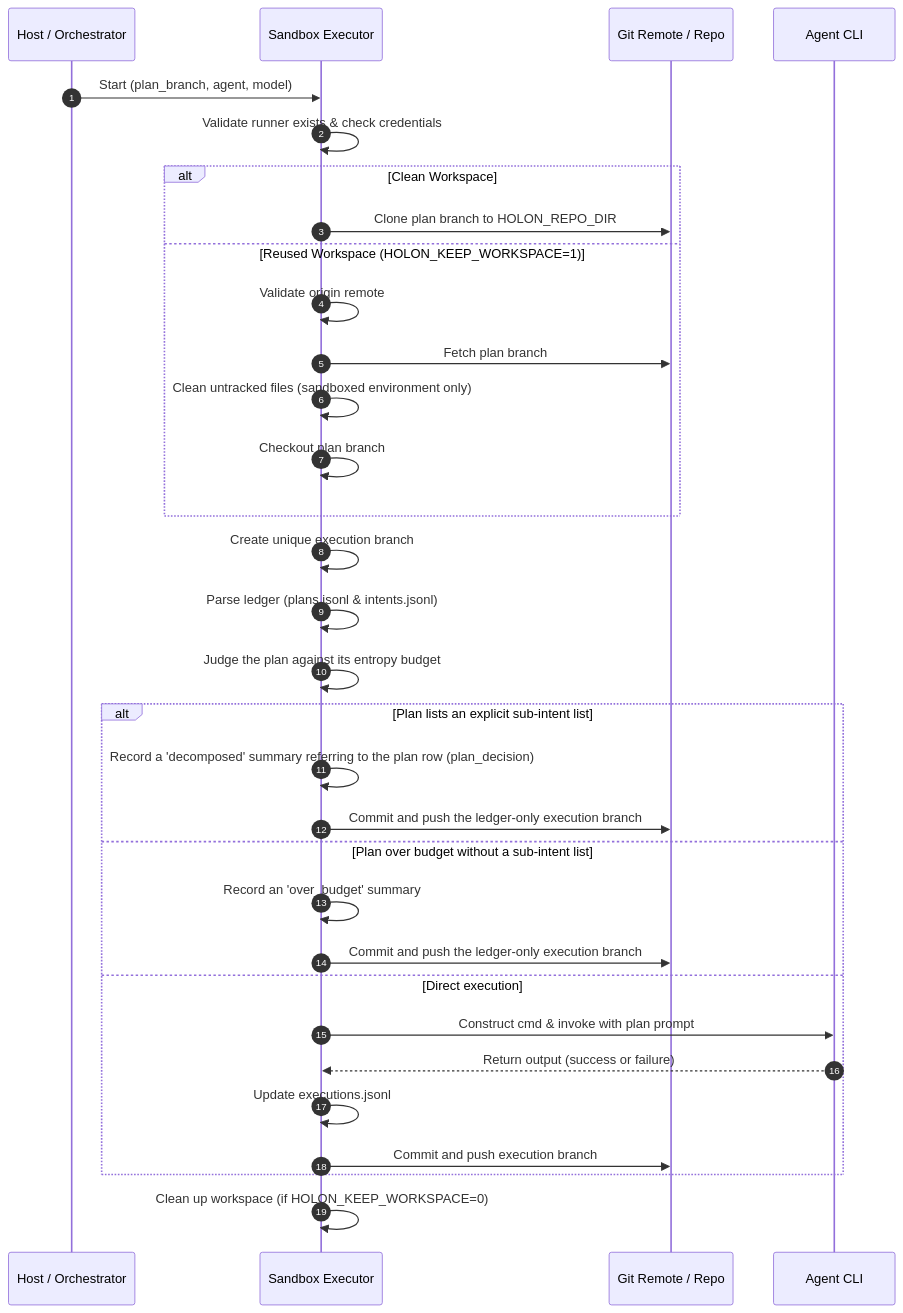
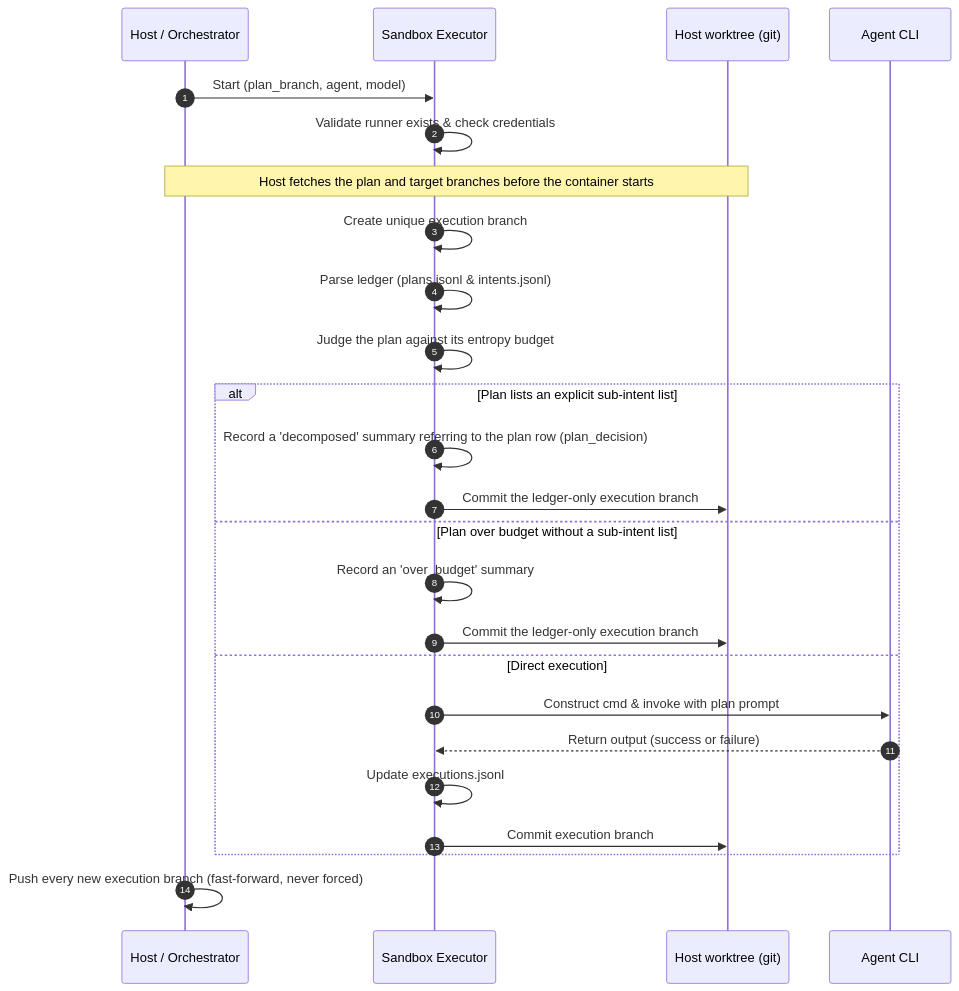
The second of 2 diagrams in docs/executor/execution_architecture_specification.md (Holon-Agentic-Coder/holon-agentic-coder), drawn with Mermaid before and after one commit. The commit also changed other lines of this file and 84 other files, not shown here.

First line of the commit message:
feat(worktree): Only part of the flow works in the host-provisioned worktree, and a clone URL var... (#165)

````diff
--- a/docs/executor/execution_architecture_specification.md
+++ b/docs/executor/execution_architecture_specification.md
@@ -36,35 +36,28 @@
 ```mermaid
 sequenceDiagram
     autonumber
     participant Host as Host / Orchestrator
     participant Exec as Sandbox Executor
-    participant Git as Git Remote / Repo
+    participant Git as Host worktree (git)
     participant Agent as Agent CLI
 
     Host->>Exec: Start (plan_branch, agent, model)
     Exec->>Exec: Validate runner exists & check credentials
-    alt Clean Workspace
-        Exec->>Git: Clone plan branch to HOLON_REPO_DIR
-    else Reused Workspace (HOLON_KEEP_WORKSPACE=1)
-        Exec->>Exec: Validate origin remote
-        Exec->>Git: Fetch plan branch
-        Exec->>Exec: Clean untracked files (sandboxed environment only)
-        Exec->>Exec: Checkout plan branch
-    end
+    Note over Host,Git: Host fetches the plan and target branches before the container starts
     Exec->>Exec: Create unique execution branch
     Exec->>Exec: Parse ledger (plans.jsonl & intents.jsonl)
     Exec->>Exec: Judge the plan against its entropy budget
     alt Plan lists an explicit sub-intent list
         Exec->>Exec: Record a 'decomposed' summary referring to the plan row (plan_decision)
-        Exec->>Git: Commit and push the ledger-only execution branch
+        Exec->>Git: Commit the ledger-only execution branch
     else Plan over budget without a sub-intent list
         Exec->>Exec: Record an 'over_budget' summary
-        Exec->>Git: Commit and push the ledger-only execution branch
+        Exec->>Git: Commit the ledger-only execution branch
     else Direct execution
         Exec->>Agent: Construct cmd & invoke with plan prompt
         Agent-->>Exec: Return output (success or failure)
         Exec->>Exec: Update executions.jsonl
-        Exec->>Git: Commit and push execution branch
+        Exec->>Git: Commit execution branch
     end
-    Exec->>Exec: Clean up workspace (if HOLON_KEEP_WORKSPACE=0)
+    Host->>Host: Push every new execution branch (fast-forward, never forced)
 ```
````
